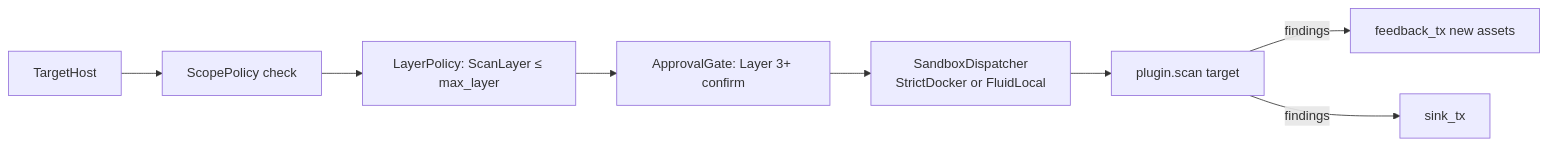
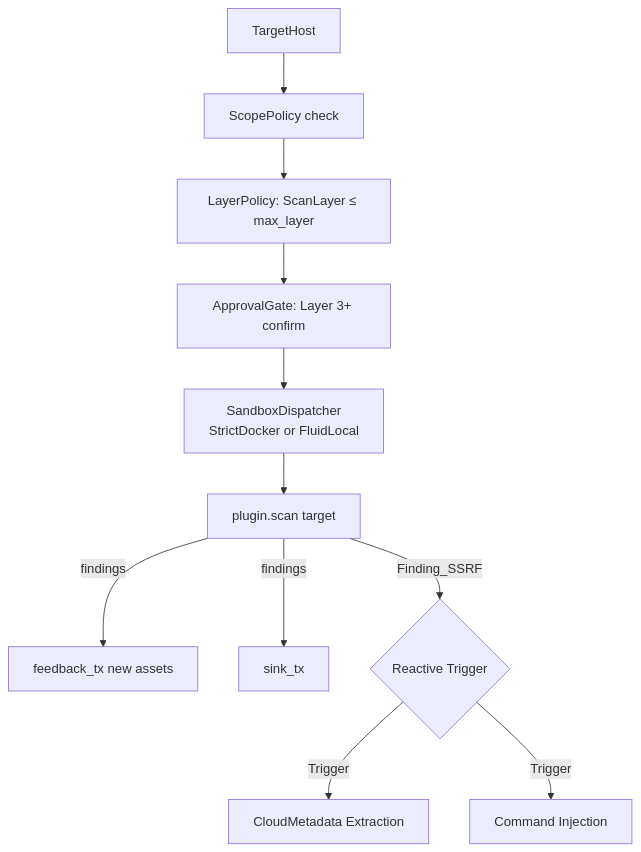
Before and after one commit to kripiman/OsintUltimate: the diagram in redteam_rust_core/DOCS/plugins_and_tools.md, drawn with Mermaid. The commit also changed other lines of this file and 20 other files, not shown here.

Commit message:
feat: implement Kerbrute, enum4linux, and CloudMetadata plugins alongside a reactive orchestration engine for automated SSRF response handling.

````diff
--- a/redteam_rust_core/DOCS/plugins_and_tools.md
+++ b/redteam_rust_core/DOCS/plugins_and_tools.md
@@ -12,10 +12,13 @@
 ```mermaid
-flowchart LR
+flowchart TD
     TGT[TargetHost] --> SCOPE[ScopePolicy check]
     SCOPE --> LAYER[LayerPolicy: ScanLayer ≤ max_layer]
     LAYER --> GATE[ApprovalGate: Layer 3+ confirm]
     GATE --> SANDBOX[SandboxDispatcher\nStrictDocker or FluidLocal]
     SANDBOX --> EXEC[plugin.scan target]
     EXEC -->|findings| FEEDBACK[feedback_tx new assets]
     EXEC -->|findings| SINK[sink_tx]
+    EXEC -->|Finding_SSRF| REACTIVE{Reactive Trigger}
+    REACTIVE -->|Trigger| CLOUD[CloudMetadata Extraction]
+    REACTIVE -->|Trigger| COMMIX[Command Injection]
 ```
````
